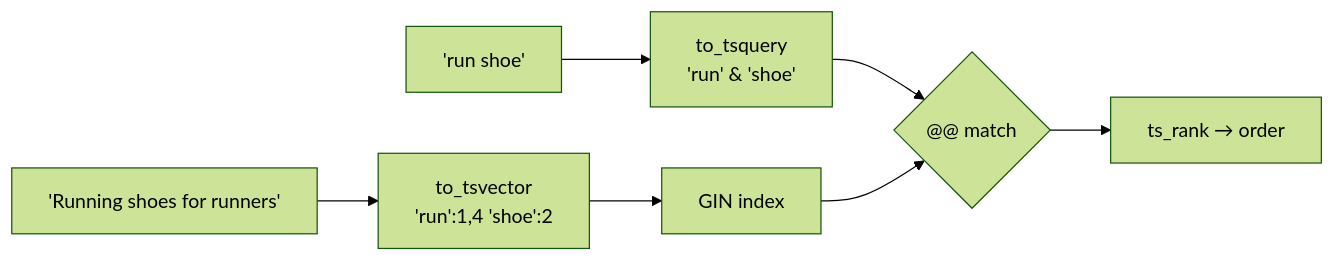
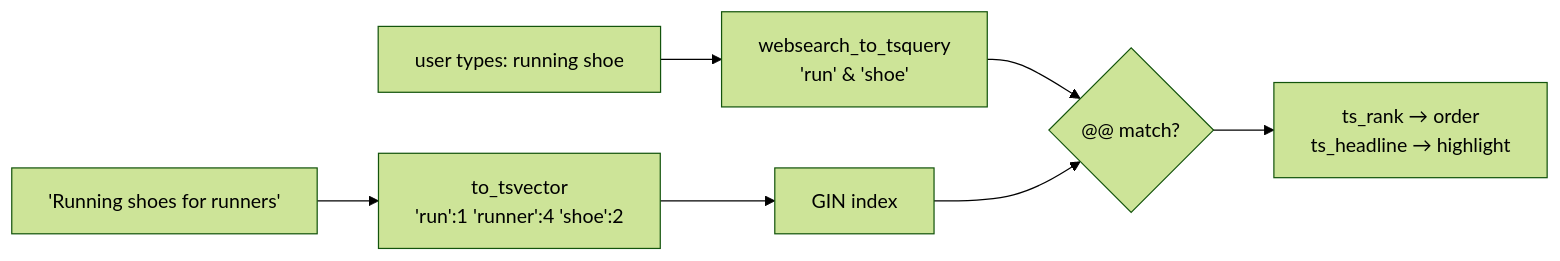
One commit to wesamkhateeb98-creator/postgresql-zero-to-hero changed the diagram in Doc/09-ecosystem/04-full-text-search.md. Above: the diagram before and after it, drawn with Mermaid (forest theme). The commit also changed other lines of this file and 29 other files, not shown here.

````diff
--- a/Doc/09-ecosystem/04-full-text-search.md
+++ b/Doc/09-ecosystem/04-full-text-search.md
@@ -5,6 +5,6 @@
 ```mermaid
 flowchart LR
-    T["'Running shoes for runners'"] --> V["to_tsvector<br/>'run':1,4 'shoe':2"] --> G["GIN index"]
-    Q["'run shoe'"] --> TQ["to_tsquery<br/>'run' & 'shoe'"] --> M{"@@ match"}
-    G --> M --> R["ts_rank → order"]
+    T["'Running shoes for runners'"] --> V["to_tsvector<br/>'run':1 'runner':4 'shoe':2"] --> G["GIN index"]
+    Q["user types: running shoe"] --> TQ["websearch_to_tsquery<br/>'run' & 'shoe'"] --> M{"@@ match?"}
+    G --> M --> R["ts_rank → order<br/>ts_headline → highlight"]
 ```
````
